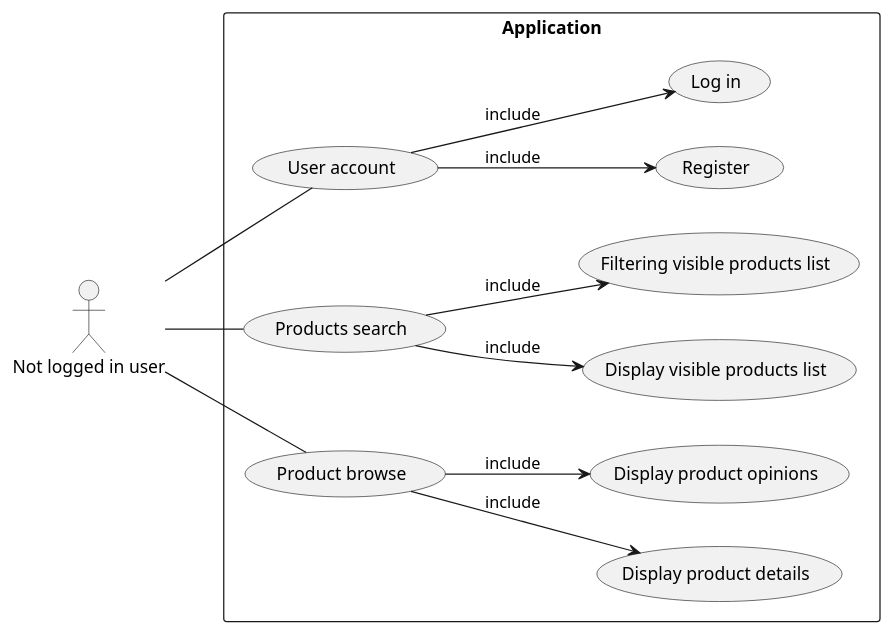
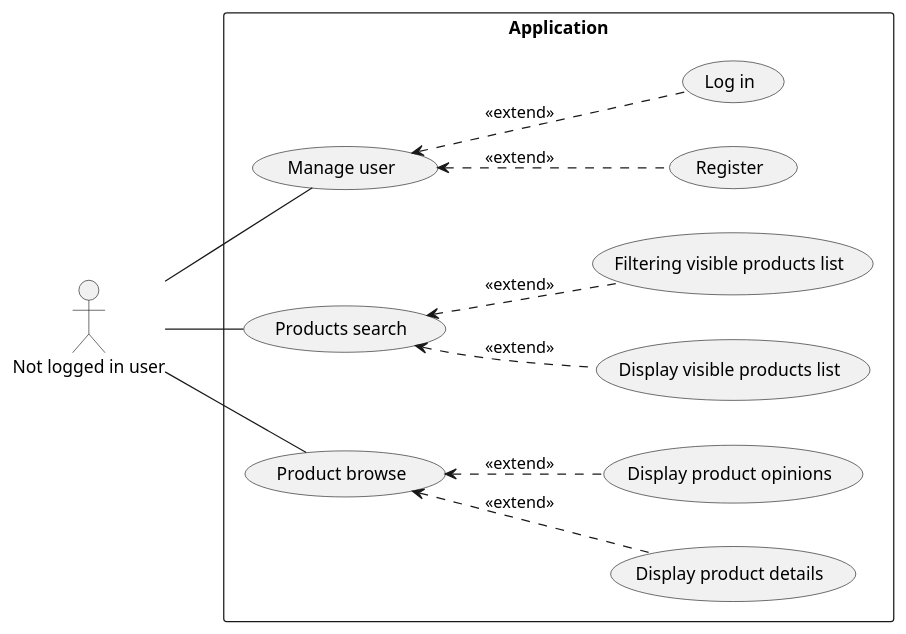
One commit to RadekBucki/OpinionCollectorArchitecture changed the third of 5 diagrams in README.md. Above: the diagram before and after it, drawn with PlantUML. The commit also changed other lines of this file, not shown here.

Commit message:
Usages diagram relation fix

````diff
--- a/README.md
+++ b/README.md
@@ -73,24 +73,24 @@
 ```plantuml
 @startuml
 
 left to right direction
 
 actor "Not logged in user" AS customer
 
 rectangle Application {
-    customer -- (User account)
+    customer -- (Manage user)
     customer -- (Products search)
     customer -- (Product browse)
     
-    (User account) --> (Register) : include
-    (User account) --> (Log in) : include
+    (Manage user) <.. (Register): <<extend>>
+    (Manage user) <.. (Log in): <<extend>>
     
-    (Products search) --> (Display visible products list) : include
-    (Products search) --> (Filtering visible products list) : include
+    (Products search) <.. (Display visible products list): <<extend>>
+    (Products search) <.. (Filtering visible products list): <<extend>>
     
-    (Product browse) --> (Display product details) : include
-    (Product browse) --> (Display product opinions) : include
+    (Product browse) <.. (Display product details): <<extend>>
+    (Product browse) <.. (Display product opinions): <<extend>>
 }
 
 @enduml
 ```
````
